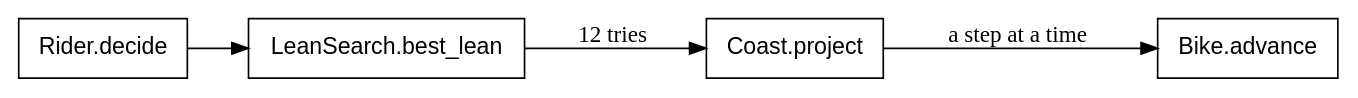
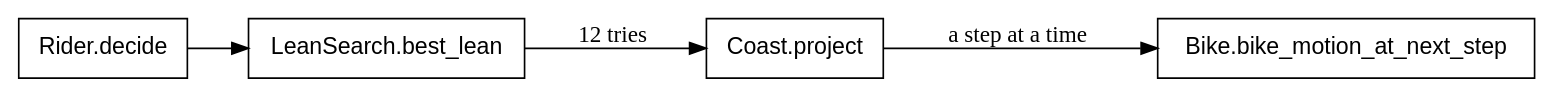
Before and after one commit to showell/roc-apps: diagram 25 of 30 in canvas_apps/safari/tutorial/tutorial.md, drawn with Graphviz. The commit also changed other lines of this file and 31 other files, not shown here.

First line of the commit message:
canvas apps: `advance` goes; a next state says it is one

````diff
--- a/canvas_apps/safari/tutorial/tutorial.md
+++ b/canvas_apps/safari/tutorial/tutorial.md
@@ -2082,13 +2082,13 @@
 ```dot
 digraph rehearsal {
   rankdir=LR;
   node [shape=box, fontname="Helvetica"];
   decide [label="Rider.decide"];
   best [label="LeanSearch.best_lean"];
   project [label="Coast.project"];
-  advance [label="Bike.advance"];
+  advance [label="Bike.bike_motion_at_next_step"];
   decide -> best;
   best -> project [label="  12 tries  "];
   project -> advance [label="  a step at a time  "];
 }
 ```
````
